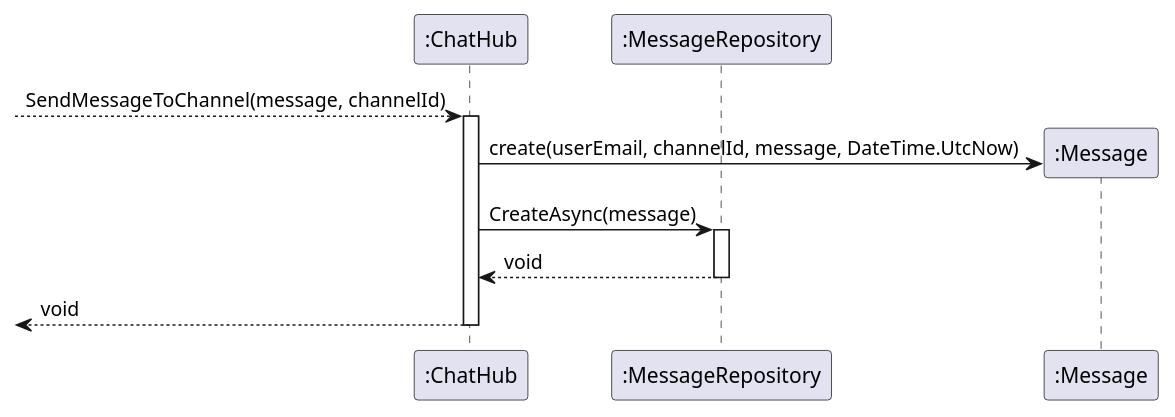
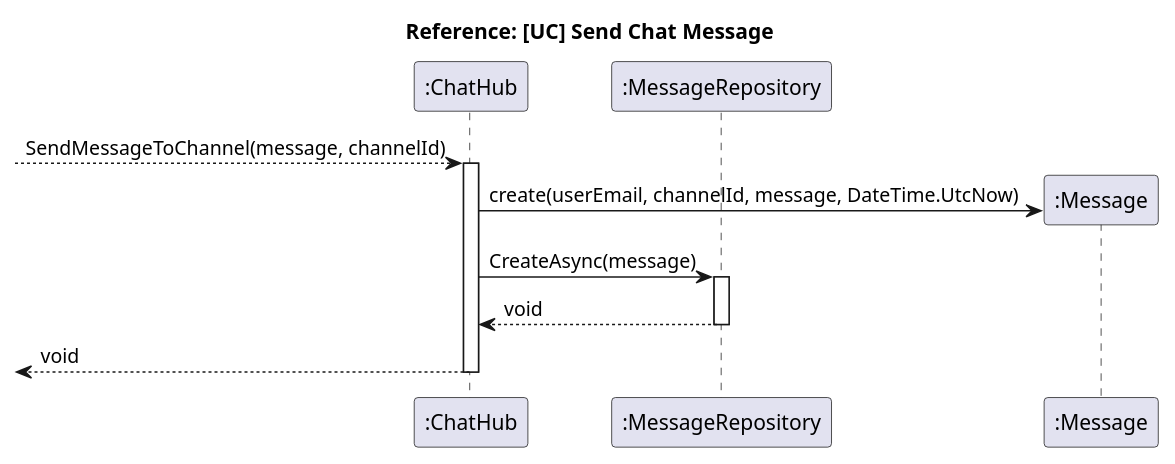
Before and after one commit to Singh-Kiran-P/StuNet: the diagram in Diagrams/Sequence_Diagrams/send_chat_message.puml, drawn with PlantUML. The commit also changed 10 other files, not shown here.

Commit message:
docs: Manually format files in /Sequence_Diagrams

```diff
--- a/Diagrams/Sequence_Diagrams/send_chat_message.puml
+++ b/Diagrams/Sequence_Diagrams/send_chat_message.puml
@@ -1,16 +1,23 @@
-@startuml Send Chat Message
+@startuml Send chat message
+
+title Reference: [UC] Send Chat Message
 
 participant ":ChatHub" as hub
 participant ":MessageRepository" as repository
 participant ":Message" as message
+
 --> hub : SendMessageToChannel(message, channelId)
 activate hub
+
 hub -> message ** : create(userEmail, channelId, message, DateTime.UtcNow)
 
 hub -> repository: CreateAsync(message)
 activate repository
 repository --> hub: void
 deactivate repository
+
 <-- hub: void
+
 deactivate hub
+
 @enduml
```
